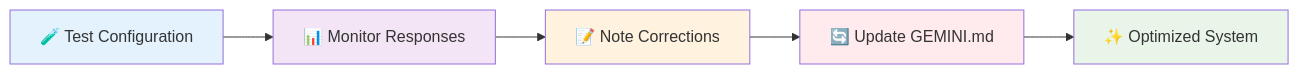
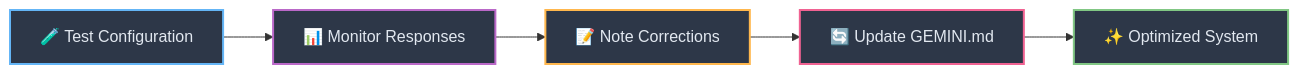
Before and after one commit to josemlopez/gemini_md_tutorial: the sixth of 8 diagrams in README.md, drawn with Mermaid. The commit also changed other lines of this file, not shown here.

````diff
--- a/README.md
+++ b/README.md
@@ -644,13 +647,13 @@
 ```mermaid
 graph LR
     A[🧪 Test Configuration] --> B[📊 Monitor Responses]
     B --> C[📝 Note Corrections]
     C --> D[🔄 Update GEMINI.md]
     D --> E[✨ Optimized System]
     
-    style A fill:#e3f2fd
-    style B fill:#f3e5f5
-    style C fill:#fff3e0
-    style D fill:#ffebee
-    style E fill:#e8f5e8
+    style A fill:#2d3748,stroke:#64b5f6,stroke-width:2px,color:#e2e8f0
+    style B fill:#2d3748,stroke:#ba68c8,stroke-width:2px,color:#e2e8f0
+    style C fill:#2d3748,stroke:#ffb74d,stroke-width:2px,color:#e2e8f0
+    style D fill:#2d3748,stroke:#f06292,stroke-width:2px,color:#e2e8f0
+    style E fill:#2d3748,stroke:#81c784,stroke-width:2px,color:#e2e8f0
 ```
````
